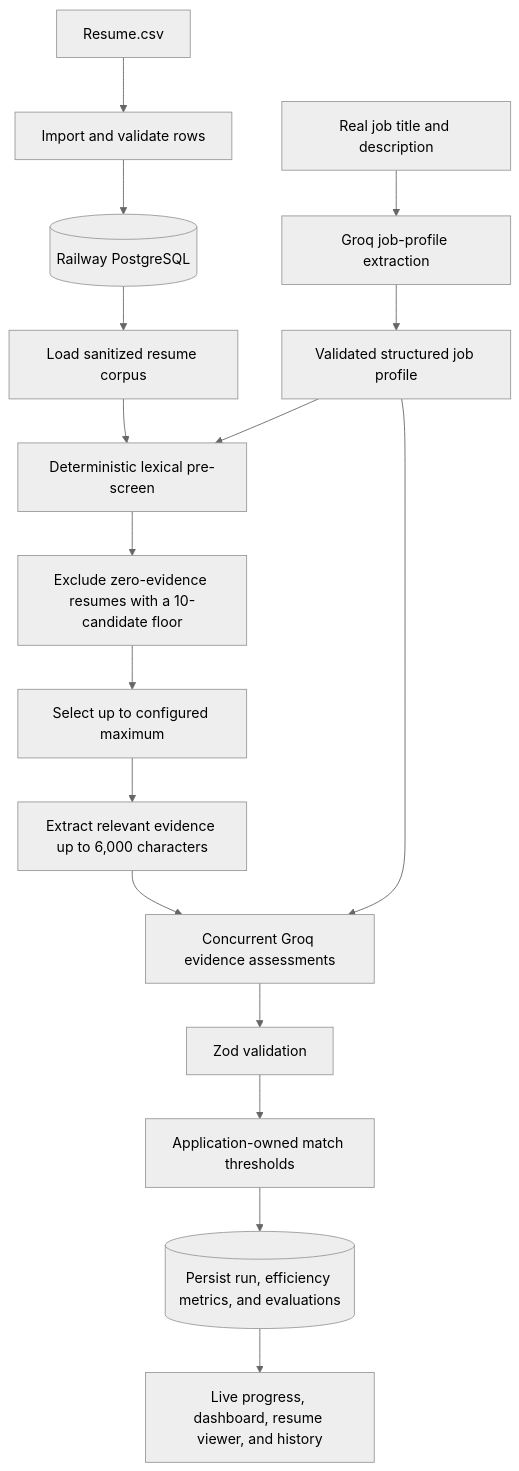
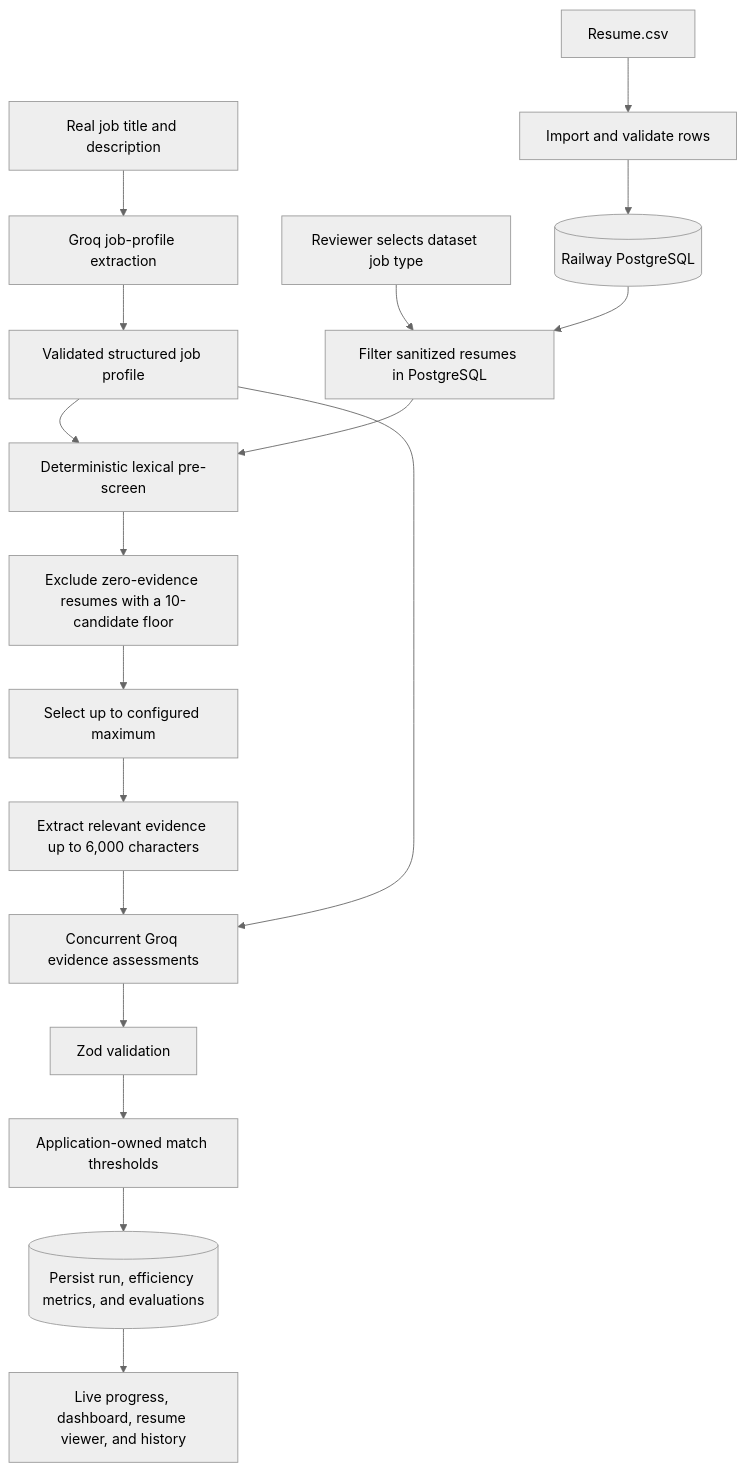
The first of 3 diagrams in README.md (bbi3mn4u69/resume-screening), drawn with Mermaid (neutral theme) before and after one commit. The commit also changed other lines of this file and 13 other files, not shown here.

````diff
--- a/README.md
+++ b/README.md
@@ -126,19 +129,20 @@
 ```mermaid
 flowchart TD
     A[Resume.csv] --> B[Import and validate rows]
     B --> C[(Railway PostgreSQL)]
     D[Real job title and description] --> E[Groq job-profile extraction]
     E --> F[Validated structured job profile]
-    C --> G[Load sanitized resume corpus]
+    Q[Reviewer selects dataset job type] --> G[Filter sanitized resumes in PostgreSQL]
+    C --> G
     F --> H[Deterministic lexical pre-screen]
     G --> H
     H --> I[Exclude zero-evidence resumes with a 10-candidate floor]
     I --> J[Select up to configured maximum]
     J --> K[Extract relevant evidence up to 6,000 characters]
     K --> L[Concurrent Groq evidence assessments]
     F --> L
     L --> M[Zod validation]
     M --> N[Application-owned match thresholds]
     N --> O[(Persist run, efficiency metrics, and evaluations)]
     O --> P[Live progress, dashboard, resume viewer, and history]
 ```
````
